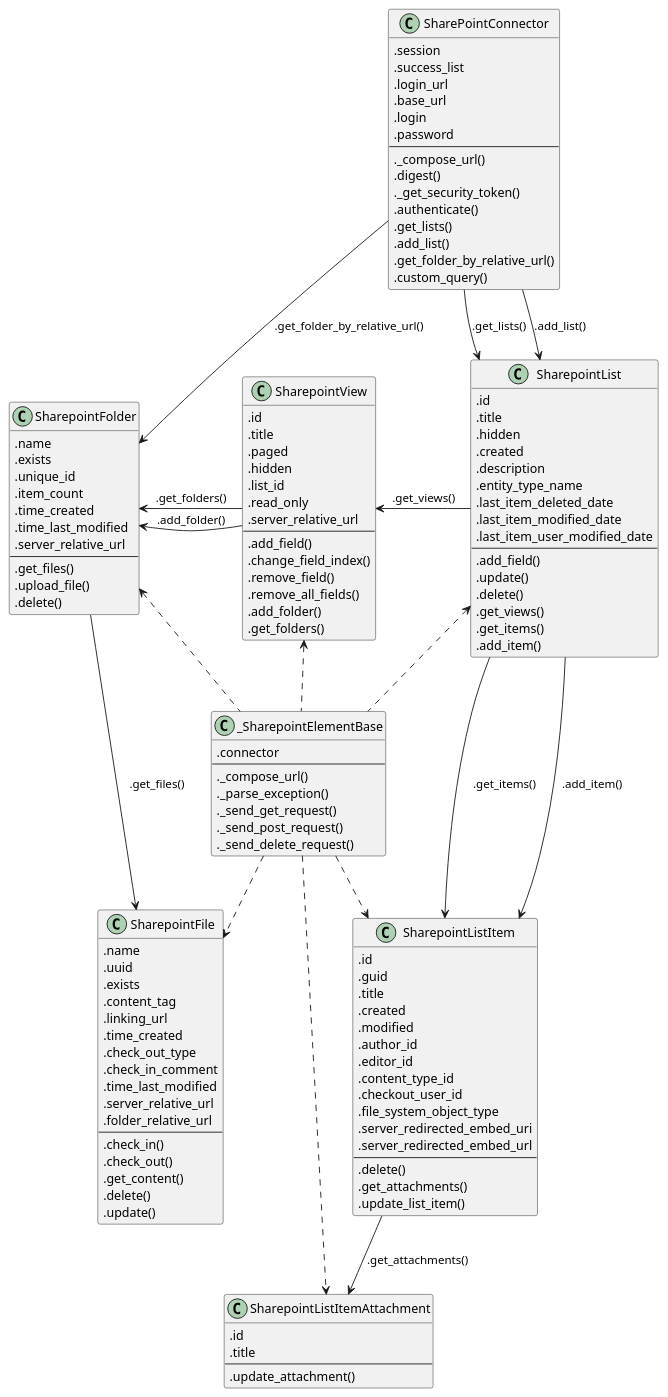
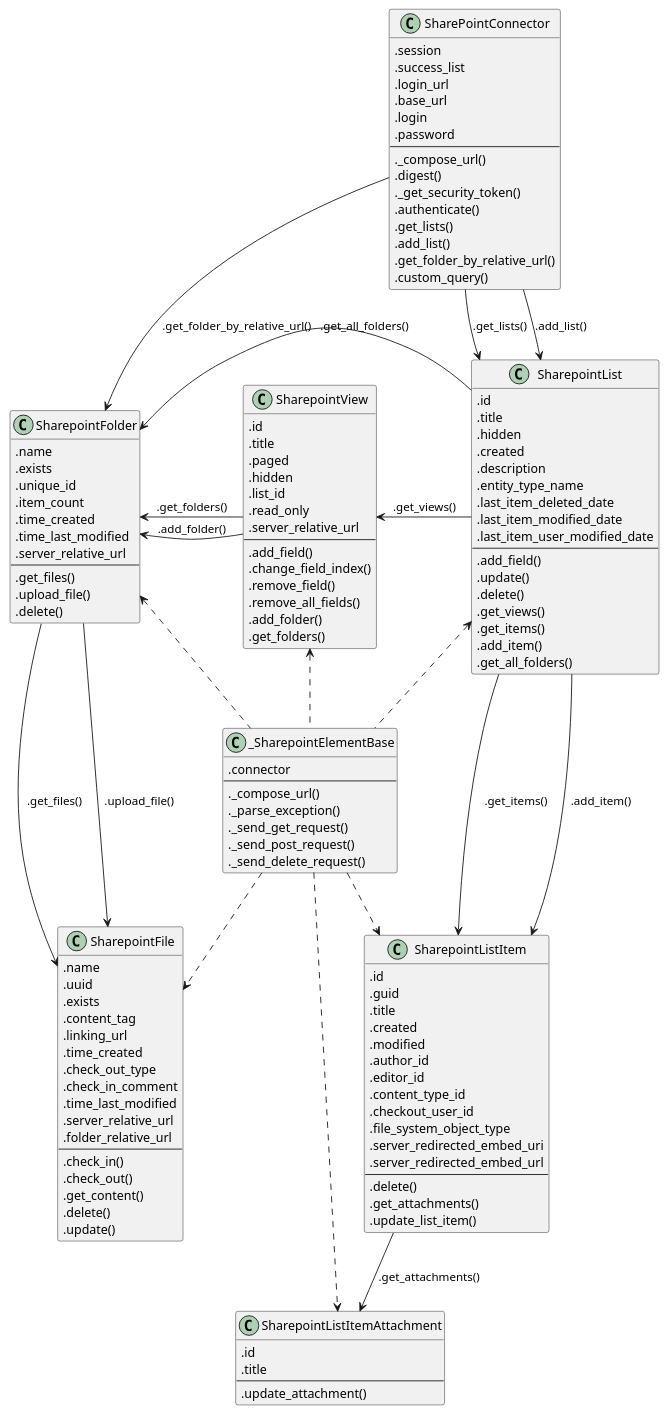
One commit to Bystroushaak/o365_sharepoint_connector changed the diagram in docs/images/relations.plantuml. Above: the diagram before and after it, drawn with PlantUML. The commit also changed 2 other files, not shown here.

Commit message:
Added .get_all_folders().

```diff
--- a/docs/images/relations.plantuml
+++ b/docs/images/relations.plantuml
@@ -1,145 +1,149 @@
 class sbase as "_SharepointElementBase" {
     .connector
     --
     ._compose_url()
     ._parse_exception()
     ._send_get_request()
     ._send_post_request()
     ._send_delete_request()
 }
 
 class sfile as "SharepointFile" {
     .name
     .uuid
     .exists
     .content_tag
     .linking_url
     .time_created
     .check_out_type
     .check_in_comment
     .time_last_modified
     .server_relative_url
     .folder_relative_url
     --
     .check_in()
     .check_out()
     .get_content()
     .delete()
     .update()
 }
 
 class sfolder as "SharepointFolder" {
     .name
     .exists
     .unique_id
     .item_count
     .time_created
     .time_last_modified
     .server_relative_url
     --
     .get_files()
     .upload_file()
     .delete()
 }
 
 class sview as "SharepointView" {
     .id
     .title
     .paged
     .hidden
     .list_id
     .read_only
     .server_relative_url
     --
     .add_field()
     .change_field_index()
     .remove_field()
     .remove_all_fields()
     .add_folder()
     .get_folders()
 }
 
 class sattachment as "SharepointListItemAttachment" {
     .id
     .title
     --
     .update_attachment()
 }
 
 class slitem as "SharepointListItem" {
     .id
     .guid
     .title
     .created
     .modified
     .author_id
     .editor_id
     .content_type_id
     .checkout_user_id
     .file_system_object_type
     .server_redirected_embed_uri
     .server_redirected_embed_url
     --
     .delete()
     .get_attachments()
     .update_list_item()
 }
 
 class slist as "SharepointList" {
     .id
     .title
     .hidden
     .created
     .description
     .entity_type_name
     .last_item_deleted_date
     .last_item_modified_date
     .last_item_user_modified_date
     --
     .add_field()
     .update()
     .delete()
     .get_views()
     .get_items()
     .add_item()
+    .get_all_folders()
 }
 
 class sconn as "SharePointConnector" {
     .session
     .success_list
     .login_url
     .base_url
     .login
     .password
     --
     ._compose_url()
     .digest()
     ._get_security_token()
     .authenticate()
     .get_lists()
     .add_list()
     .get_folder_by_relative_url()
     .custom_query()
 }
 
 sconn --> slist: .get_lists()
 sconn --> slist: .add_list()
 sconn --> sfolder: .get_folder_by_relative_url()
 
 slist -l> sview: .get_views()
 slist --> slitem: .get_items()
 slist --> slitem: .add_item()
 
+slist -l-> sfolder: .get_all_folders()
+
 slitem --> sattachment: .get_attachments()
 
 sview -l-> sfolder: .add_folder()
 sview -l-> sfolder: .get_folders()
 
 sfolder --> sfile: .get_files()
+sfolder --> sfile: .upload_file()
 
 sbase .u.> sview
 sbase .u.> slist
 sbase .u.> sfolder
 sbase ..> slitem
 sbase ..> sfile
 sbase ..> sattachment
```
